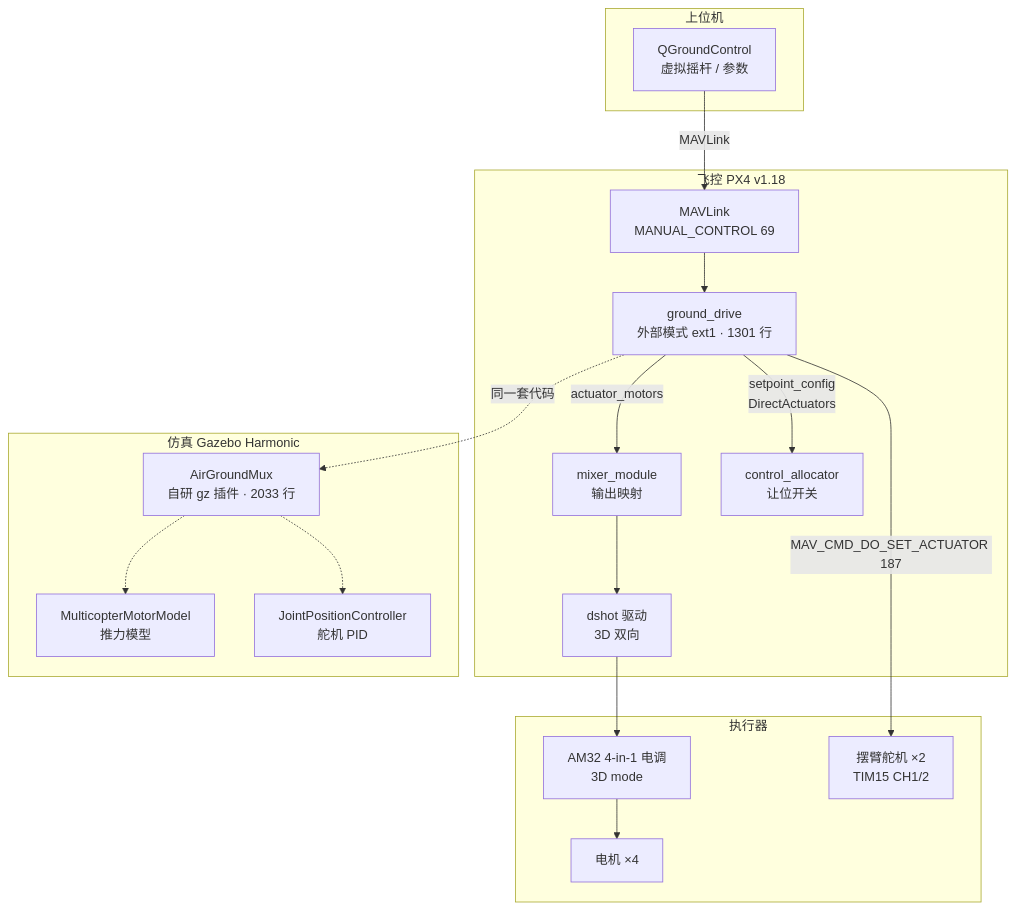
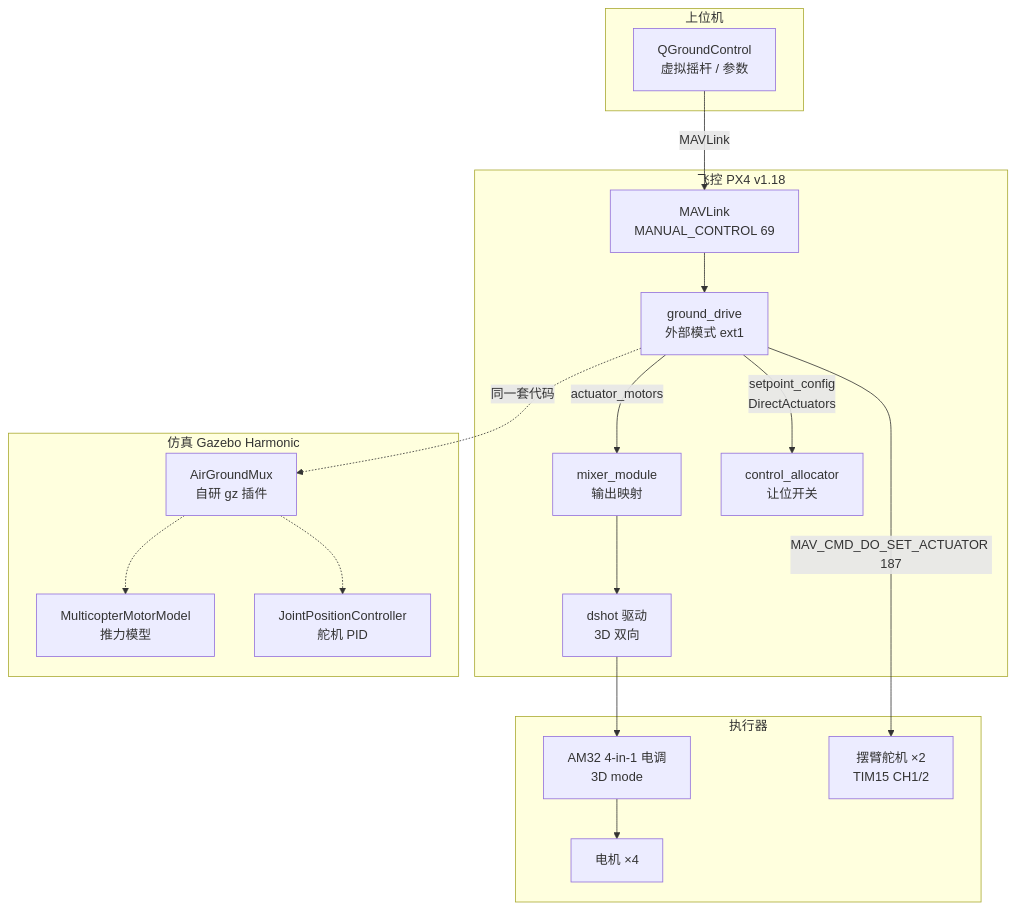
One commit to YUAN-SHEN777/-air-ground-robot changed the diagram in README.md. Above: the diagram before and after it, drawn with Mermaid. The commit also changed other lines of this file, not shown here.

````diff
--- a/README.md
+++ b/README.md
@@ -80,35 +70,35 @@
 ```mermaid
 graph TB
     subgraph 上位机
         QGC[QGroundControl<br/>虚拟摇杆 / 参数]
     end
 
     subgraph 飞控 PX4 v1.18
         CMD[MAVLink<br/>MANUAL_CONTROL 69]
-        GD[ground_drive<br/>外部模式 ext1 · 1301 行]
+        GD[ground_drive<br/>外部模式 ext1]
         MIX[mixer_module<br/>输出映射]
         DS[dshot 驱动<br/>3D 双向]
         CTL[control_allocator<br/>让位开关]
     end
 
     subgraph 执行器
         ESC[AM32 4-in-1 电调<br/>3D mode]
         M[电机 ×4]
         S[摆臂舵机 ×2<br/>TIM15 CH1/2]
     end
 
     QGC -->|MAVLink| CMD --> GD
     GD -->|setpoint_config<br/>DirectActuators| CTL
     GD -->|actuator_motors| MIX --> DS --> ESC --> M
     GD -->|MAV_CMD_DO_SET_ACTUATOR 187| S
 
     subgraph 仿真 Gazebo Harmonic
-        MUX[AirGroundMux<br/>自研 gz 插件 · 2033 行]
+        MUX[AirGroundMux<br/>自研 gz 插件]
         GZP[MulticopterMotorModel<br/>推力模型]
         JPC[JointPositionController<br/>舵机 PID]
     end
 
     GD -.->|同一套代码| MUX
     MUX -.-> GZP
     MUX -.-> JPC
 ```
````
